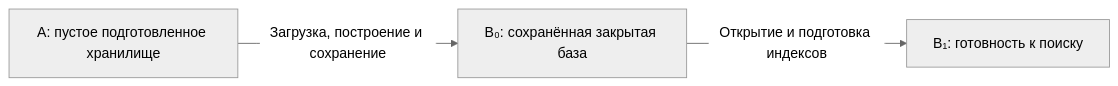
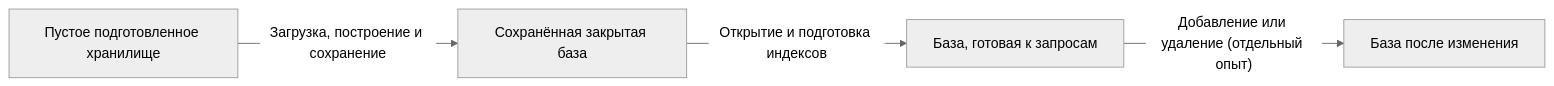
One commit to Sergey303/Polar.DB changed the diagram in benchmarks/docs/STATE_TRANSITION_PROTOCOL.md. Above: the diagram before and after it, drawn with Mermaid (neutral theme). The commit also changed other lines of this file and 3 other files, not shown here.

````diff
--- a/benchmarks/docs/STATE_TRANSITION_PROTOCOL.md
+++ b/benchmarks/docs/STATE_TRANSITION_PROTOCOL.md
@@ -12,5 +12,6 @@
 ```mermaid
 flowchart LR
-    A["A: пустое подготовленное хранилище"] -->|"Загрузка, построение и сохранение"| B0["B₀: сохранённая закрытая база"]
-    B0 -->|"Открытие и подготовка индексов"| B1["B₁: готовность к поиску"]
+    EmptyPrepared["Пустое подготовленное хранилище"] -->|"Загрузка, построение и сохранение"| SavedClosed["Сохранённая закрытая база"]
+    SavedClosed -->|"Открытие и подготовка индексов"| QueryReady["База, готовая к запросам"]
+    QueryReady -->|"Добавление или удаление (отдельный опыт)"| AfterChange["База после изменения"]
 ```
````
